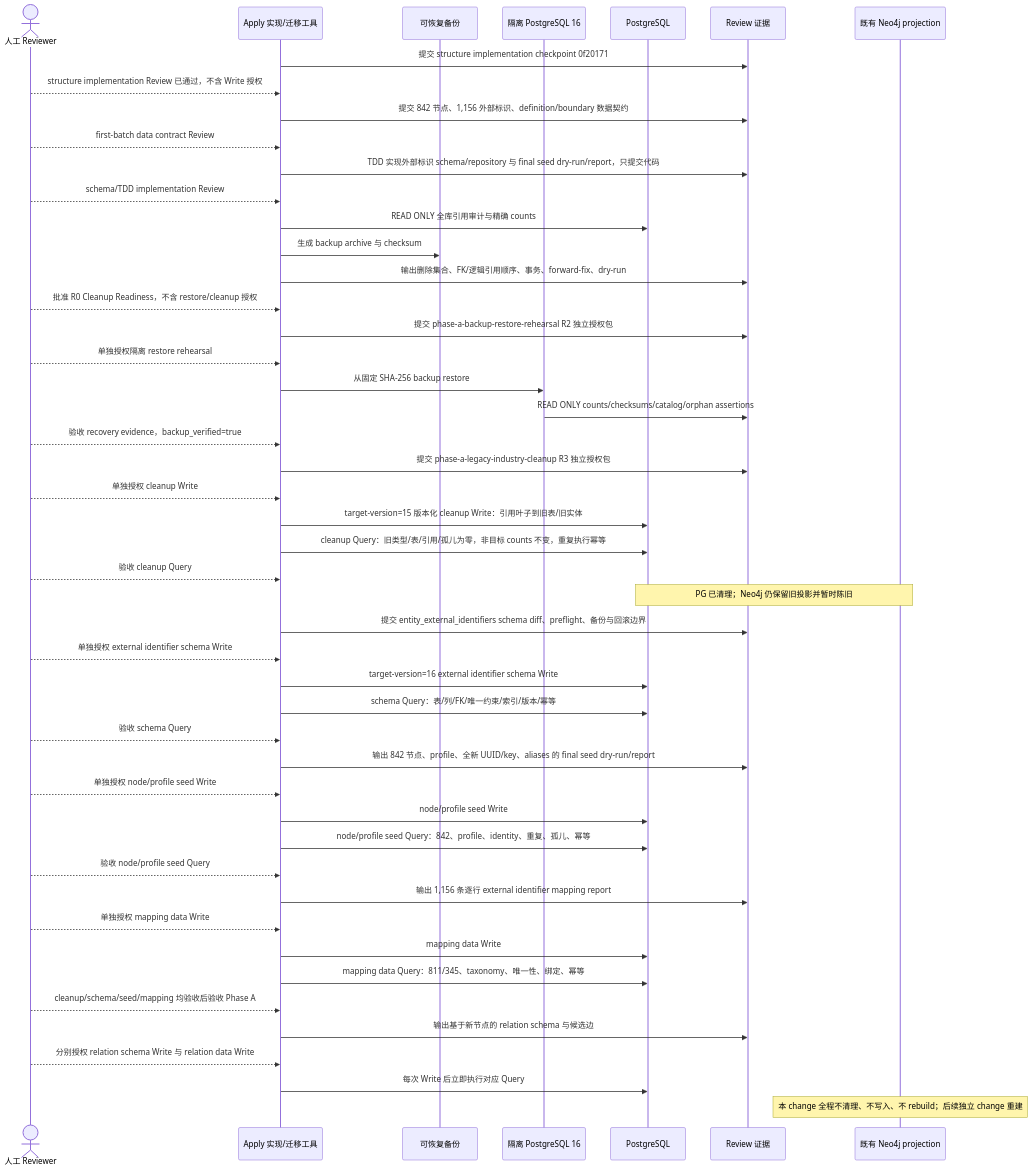
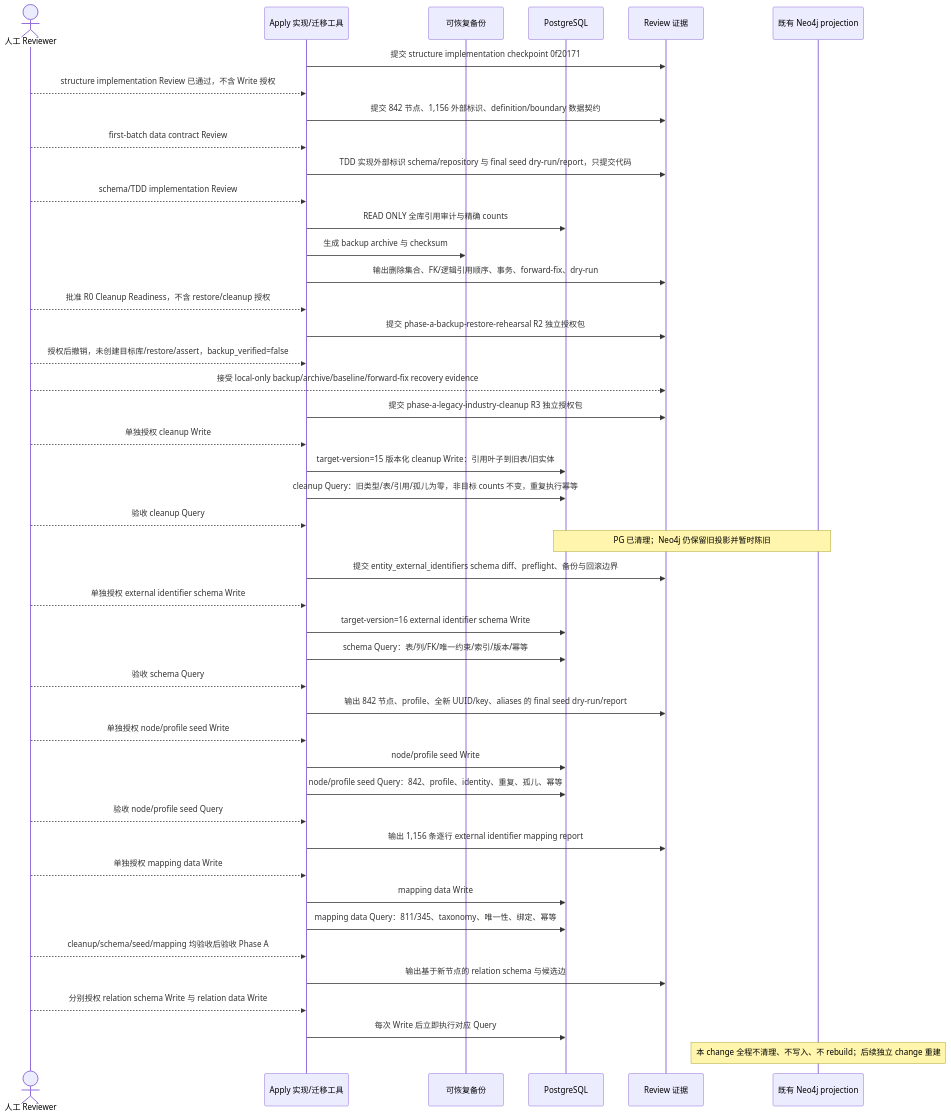
Before and after one commit to meierlink88/tidewise-ai: the second of 2 diagrams in openspec/changes/refactor-industry-chain-node-foundation/design.md, drawn with Mermaid. The commit also changed other lines of this file and 4 other files, not shown here.

Commit message:
spec: accept local cleanup recovery evidence

````diff
--- a/openspec/changes/refactor-industry-chain-node-foundation/design.md
+++ b/openspec/changes/refactor-industry-chain-node-foundation/design.md
@@ -220,51 +220,48 @@
 ```mermaid
 sequenceDiagram
     actor Reviewer as 人工 Reviewer
     participant Apply as Apply 实现/迁移工具
     participant Backup as 可恢复备份
-    participant Restore as 隔离 PostgreSQL 16
     participant PG as PostgreSQL
     participant Evidence as Review 证据
     participant Neo4j as 既有 Neo4j projection
 
     Apply->>Evidence: 提交 structure implementation checkpoint 0f20171
     Reviewer-->>Apply: structure implementation Review 已通过，不含 Write 授权
     Apply->>Evidence: 提交 842 节点、1,156 外部标识、definition/boundary 数据契约
     Reviewer-->>Apply: first-batch data contract Review
     Apply->>Evidence: TDD 实现外部标识 schema/repository 与 final seed dry-run/report，只提交代码
     Reviewer-->>Apply: schema/TDD implementation Review
     Apply->>PG: READ ONLY 全库引用审计与精确 counts
     Apply->>Backup: 生成 backup archive 与 checksum
     Apply->>Evidence: 输出删除集合、FK/逻辑引用顺序、事务、forward-fix、dry-run
     Reviewer-->>Apply: 批准 R0 Cleanup Readiness，不含 restore/cleanup 授权
     Apply->>Evidence: 提交 phase-a-backup-restore-rehearsal R2 独立授权包
-    Reviewer-->>Apply: 单独授权隔离 restore rehearsal
-    Apply->>Restore: 从固定 SHA-256 backup restore
-    Restore->>Evidence: READ ONLY counts/checksums/catalog/orphan assertions
-    Reviewer-->>Apply: 验收 recovery evidence，backup_verified=true
+    Reviewer-->>Apply: 授权后撤销，未创建目标库/restore/assert，backup_verified=false
+    Reviewer-->>Evidence: 接受 local-only backup/archive/baseline/forward-fix recovery evidence
     Apply->>Evidence: 提交 phase-a-legacy-industry-cleanup R3 独立授权包
     Reviewer-->>Apply: 单独授权 cleanup Write
     Apply->>PG: target-version=15 版本化 cleanup Write：引用叶子到旧表/旧实体
     Apply->>PG: cleanup Query：旧类型/表/引用/孤儿为零，非目标 counts 不变，重复执行幂等
     Reviewer-->>Apply: 验收 cleanup Query
     Note over PG,Neo4j: PG 已清理；Neo4j 仍保留旧投影并暂时陈旧
     Apply->>Evidence: 提交 entity_external_identifiers schema diff、preflight、备份与回滚边界
     Reviewer-->>Apply: 单独授权 external identifier schema Write
     Apply->>PG: target-version=16 external identifier schema Write
     Apply->>PG: schema Query：表/列/FK/唯一约束/索引/版本/幂等
     Reviewer-->>Apply: 验收 schema Query
     Apply->>Evidence: 输出 842 节点、profile、全新 UUID/key、aliases 的 final seed dry-run/report
     Reviewer-->>Apply: 单独授权 node/profile seed Write
     Apply->>PG: node/profile seed Write
     Apply->>PG: node/profile seed Query：842、profile、identity、重复、孤儿、幂等
     Reviewer-->>Apply: 验收 node/profile seed Query
     Apply->>Evidence: 输出 1,156 条逐行 external identifier mapping report
     Reviewer-->>Apply: 单独授权 mapping data Write
     Apply->>PG: mapping data Write
     Apply->>PG: mapping data Query：811/345、taxonomy、唯一性、绑定、幂等
     Reviewer-->>Apply: cleanup/schema/seed/mapping 均验收后验收 Phase A
     Apply->>Evidence: 输出基于新节点的 relation schema 与候选边
     Reviewer-->>Apply: 分别授权 relation schema Write 与 relation data Write
     Apply->>PG: 每次 Write 后立即执行对应 Query
     Note over Neo4j: 本 change 全程不清理、不写入、不 rebuild；后续独立 change 重建
 ```
````
